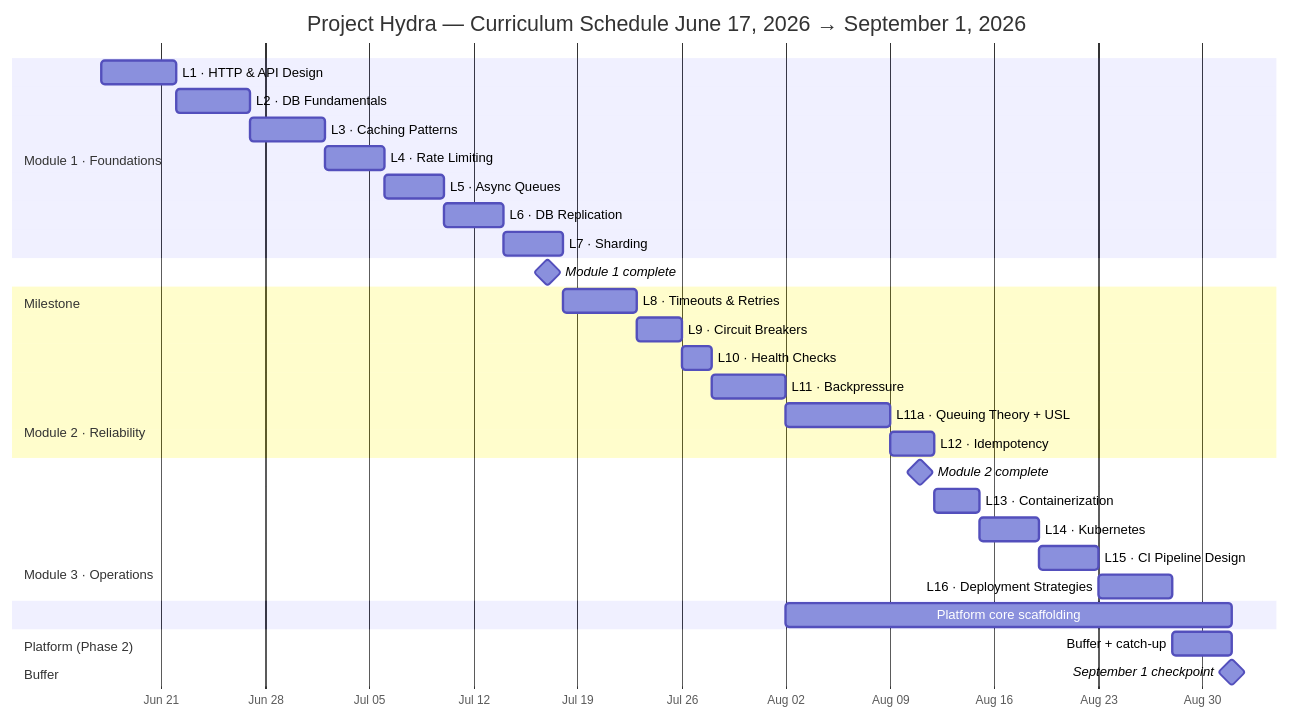
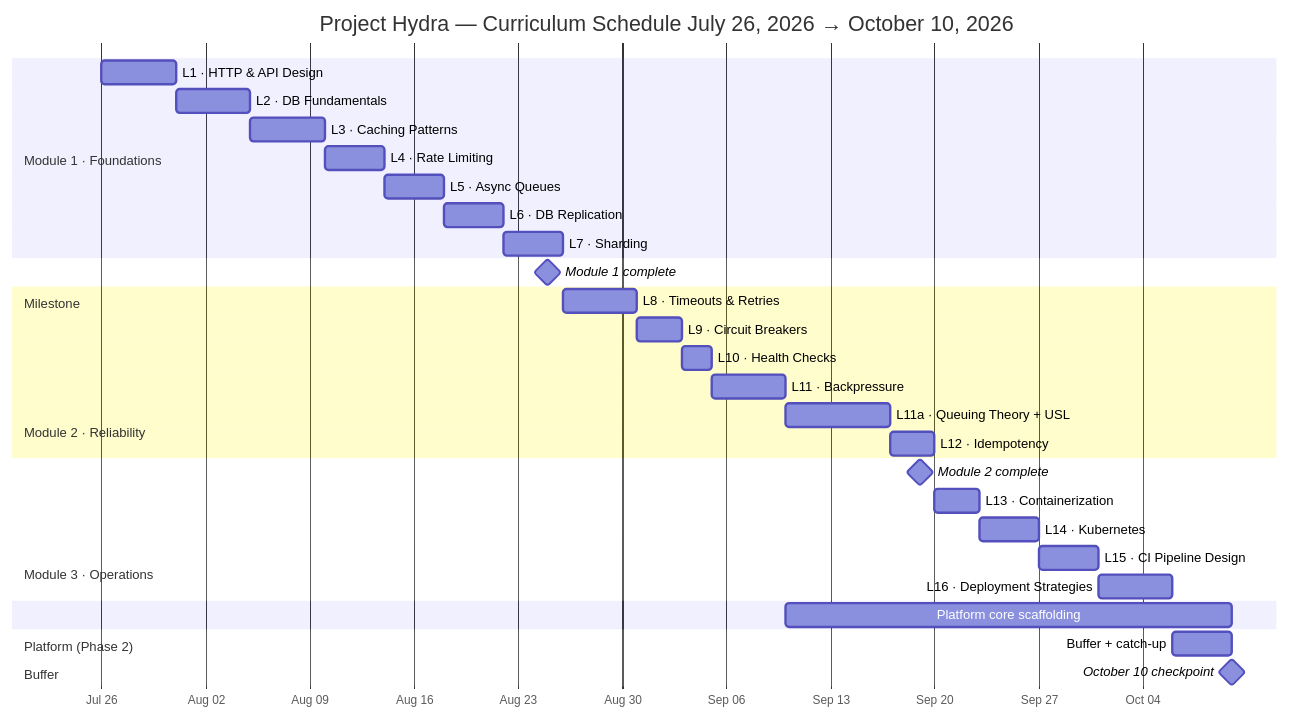
One commit to BHUVAN-RJ/Project-Hydra changed the third of 4 diagrams in README.md. Above: the diagram before and after it, drawn with Mermaid. The commit also changed other lines of this file and 1 other file, not shown here.

Commit message:
docs: shift Phase 1 and Phase 2 schedule +39 days
Phase 1 milestone moves from September 1 to October 10, 2026, to match
the revised plan of finishing curriculum theory and essays by Oct 10 and
starting the build after that date.

Applied a uniform +39 day shift to Phase 1 and Phase 2 dates only:
- README gantt: all lesson bars, module milestones, platform scaffolding
  bar, buffer window, and the checkpoint milestone (now October 10)
- README deliverables heading and Phase 1/Phase 2 flowchart labels
- ROADMAP Phase 1 and Phase 2 headers, the section 8 weekly schedule,
  section 8a audience targets, and the section 9 start week

Phase 3, Phase 4, and the December 2026 OPT deadline are intentionally
left unshifted and will be revisited separately. As a result, Phase 3's
stated September 1 start now precedes the end of Phase 1.

````diff
--- a/README.md
+++ b/README.md
@@ -216,44 +216,44 @@
 ```mermaid
 gantt
-    title Project Hydra — Curriculum Schedule June 17, 2026 → September 1, 2026
+    title Project Hydra — Curriculum Schedule July 26, 2026 → October 10, 2026
     dateFormat  YYYY-MM-DD
     axisFormat  %b %d
 
     section Module 1 · Foundations
-    L1 · HTTP & API Design          :l1,  2026-06-17, 5d
-    L2 · DB Fundamentals            :l2,  2026-06-22, 5d
-    L3 · Caching Patterns           :l3,  2026-06-27, 5d
-    L4 · Rate Limiting              :l4,  2026-07-02, 4d
-    L5 · Async Queues               :l5,  2026-07-06, 4d
-    L6 · DB Replication             :l6,  2026-07-10, 4d
-    L7 · Sharding                   :l7,  2026-07-14, 4d
+    L1 · HTTP & API Design          :l1,  2026-07-26, 5d
+    L2 · DB Fundamentals            :l2,  2026-07-31, 5d
+    L3 · Caching Patterns           :l3,  2026-08-05, 5d
+    L4 · Rate Limiting              :l4,  2026-08-10, 4d
+    L5 · Async Queues               :l5,  2026-08-14, 4d
+    L6 · DB Replication             :l6,  2026-08-18, 4d
+    L7 · Sharding                   :l7,  2026-08-22, 4d
 
     section Milestone
-    Module 1 complete               :milestone, m1, 2026-07-17, 0d
+    Module 1 complete               :milestone, m1, 2026-08-25, 0d
 
     section Module 2 · Reliability
-    L8  · Timeouts & Retries        :l8,  2026-07-18, 5d
-    L9  · Circuit Breakers          :l9,  2026-07-23, 3d
-    L10 · Health Checks             :l10, 2026-07-26, 2d
-    L11 · Backpressure              :l11, 2026-07-28, 5d
-    L11a · Queuing Theory + USL     :l11a,2026-08-02, 7d
-    L12 · Idempotency               :l12, 2026-08-09, 3d
+    L8  · Timeouts & Retries        :l8,  2026-08-26, 5d
+    L9  · Circuit Breakers          :l9,  2026-08-31, 3d
+    L10 · Health Checks             :l10, 2026-09-03, 2d
+    L11 · Backpressure              :l11, 2026-09-05, 5d
+    L11a · Queuing Theory + USL     :l11a,2026-09-10, 7d
+    L12 · Idempotency               :l12, 2026-09-17, 3d
 
     section Milestone
-    Module 2 complete               :milestone, m2, 2026-08-11, 0d
+    Module 2 complete               :milestone, m2, 2026-09-19, 0d
 
     section Module 3 · Operations
-    L13 · Containerization          :l13, 2026-08-12, 3d
-    L14 · Kubernetes                :l14, 2026-08-15, 4d
-    L15 · CI Pipeline Design        :l15, 2026-08-19, 4d
-    L16 · Deployment Strategies     :l16, 2026-08-23, 5d
+    L13 · Containerization          :l13, 2026-09-20, 3d
+    L14 · Kubernetes                :l14, 2026-09-23, 4d
+    L15 · CI Pipeline Design        :l15, 2026-09-27, 4d
+    L16 · Deployment Strategies     :l16, 2026-10-01, 5d
 
     section Platform (Phase 2)
-    Platform core scaffolding       :p2,  2026-08-02, 30d
+    Platform core scaffolding       :p2,  2026-09-10, 30d
 
     section Buffer
-    Buffer + catch-up               :buf, 2026-08-28, 4d
+    Buffer + catch-up               :buf, 2026-10-06, 4d
 
     section Milestone
-    September 1 checkpoint          :milestone, sept, 2026-09-01, 0d
+    October 10 checkpoint           :milestone, oct10, 2026-10-10, 0d
 ```
````
